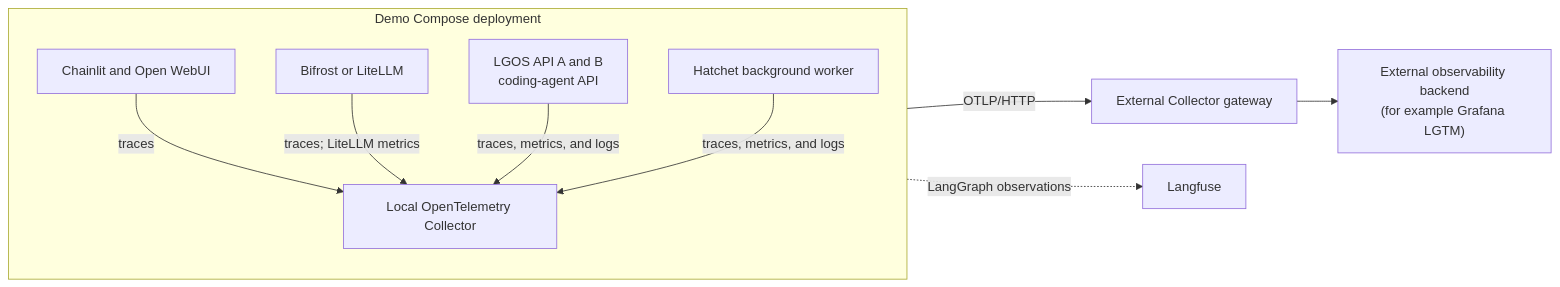
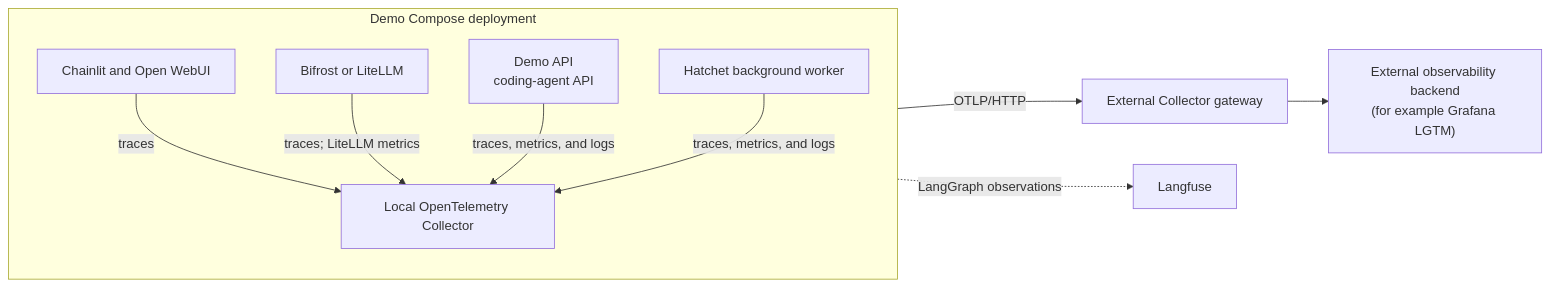
One commit to ilkersigirci/langgraph-openai-serve changed the diagram in docs/demo/opentelemetry.md. Above: the diagram before and after it, drawn with Mermaid. The commit also changed other lines of this file and 57 other files, not shown here.

Commit message:
feat: Consolidate all demo APIs under the lgos/ model namespace

````diff
--- a/docs/demo/opentelemetry.md
+++ b/docs/demo/opentelemetry.md
@@ -14,20 +14,20 @@
 ```mermaid
 flowchart LR
   subgraph demo["Demo Compose deployment"]
     direction TB
     clients["Chainlit and Open WebUI"]
     gateways["Bifrost or LiteLLM"]
-    apis["LGOS API A and B<br/>coding-agent API"]
+    apis["Demo API<br/>coding-agent API"]
     worker["Hatchet background worker"]
     collector["Local OpenTelemetry Collector"]
 
     clients -->|"traces"| collector
     gateways -->|"traces; LiteLLM metrics"| collector
     apis -->|"traces, metrics, and logs"| collector
     worker -->|"traces, metrics, and logs"| collector
   end
 
   collector -->|"OTLP/HTTP"| gateway["External Collector gateway"]
   gateway --> backend["External observability backend<br/>(for example Grafana LGTM)"]
   apis -.->|"LangGraph observations"| langfuse["Langfuse"]
 ```
````
